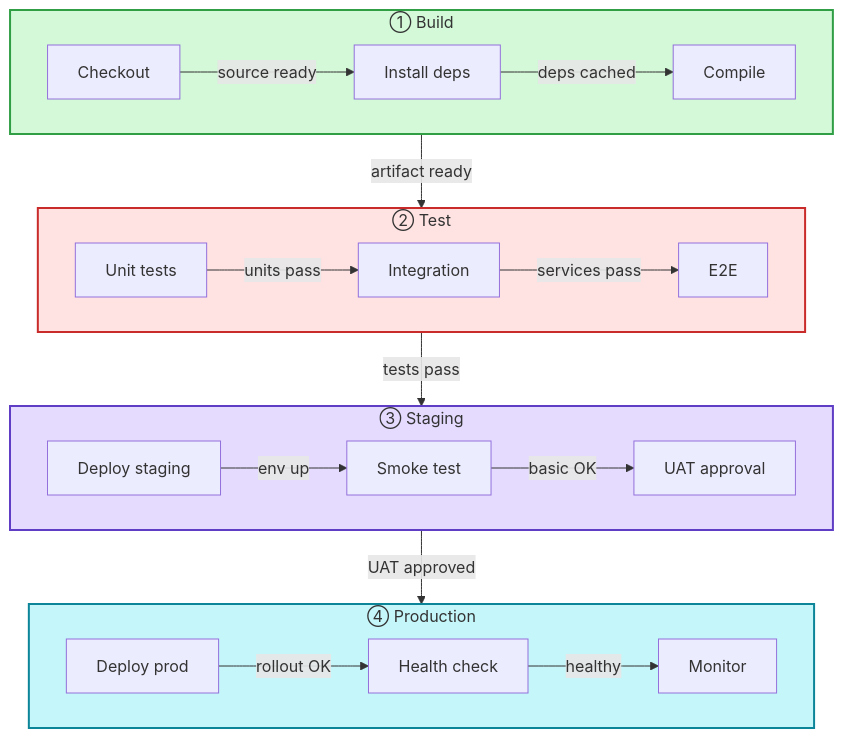
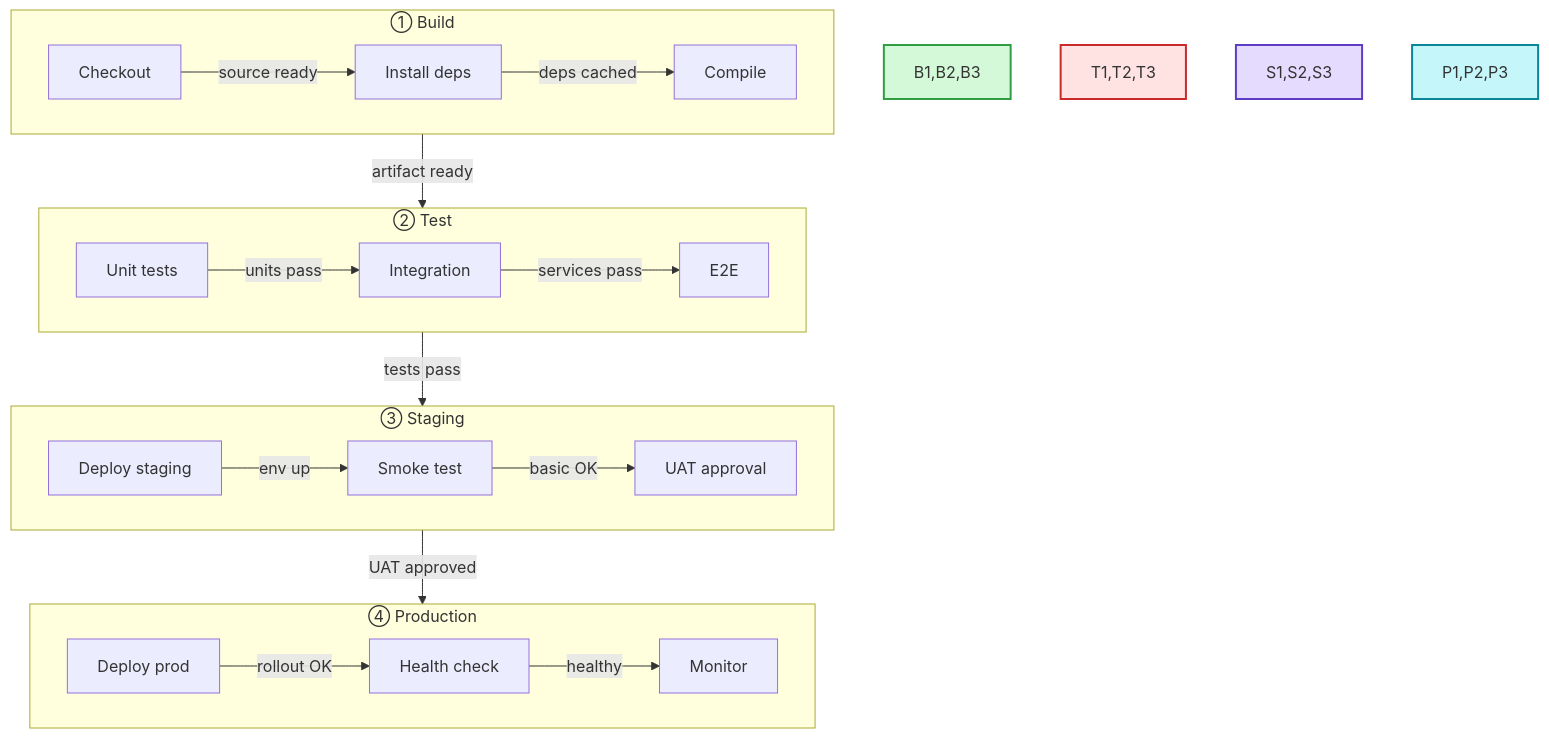
Before and after one commit to kouko/monkey-skills: diagram 15 of 15 in obsidian/skills/obsidian-mermaid-visualizer/flow/flowchart.md, drawn with Mermaid. The commit also changed other lines of this file, not shown here.

````diff
--- a/obsidian/skills/obsidian-mermaid-visualizer/flow/flowchart.md
+++ b/obsidian/skills/obsidian-mermaid-visualizer/flow/flowchart.md
@@ -337,35 +337,35 @@
 ```mermaid
 graph TB
     subgraph build["① Build"]
         direction LR
         B1["Checkout"] -->|"source ready"| B2["Install deps"]
         B2 -->|"deps cached"| B3["Compile"]
     end
 
     subgraph test["② Test"]
         direction LR
         T1["Unit tests"] -->|"units pass"| T2["Integration"]
         T2 -->|"services pass"| T3["E2E"]
     end
 
     subgraph staging["③ Staging"]
         direction LR
         S1["Deploy staging"] -->|"env up"| S2["Smoke test"]
         S2 -->|"basic OK"| S3["UAT approval"]
     end
 
     subgraph prod["④ Production"]
         direction LR
         P1["Deploy prod"] -->|"rollout OK"| P2["Health check"]
         P2 -->|"healthy"| P3["Monitor"]
     end
 
     build -->|"artifact ready"| test
     test -->|"tests pass"| staging
     staging -->|"UAT approved"| prod
 
-    style build fill:#d3f9d8,stroke:#2f9e44,stroke-width:2px
-    style test fill:#ffe3e3,stroke:#c92a2a,stroke-width:2px
-    style staging fill:#e5dbff,stroke:#5f3dc4,stroke-width:2px
-    style prod fill:#c5f6fa,stroke:#0c8599,stroke-width:2px
+    style B1,B2,B3 fill:#d3f9d8,stroke:#2f9e44,stroke-width:2px
+    style T1,T2,T3 fill:#ffe3e3,stroke:#c92a2a,stroke-width:2px
+    style S1,S2,S3 fill:#e5dbff,stroke:#5f3dc4,stroke-width:2px
+    style P1,P2,P3 fill:#c5f6fa,stroke:#0c8599,stroke-width:2px
 ```
````
